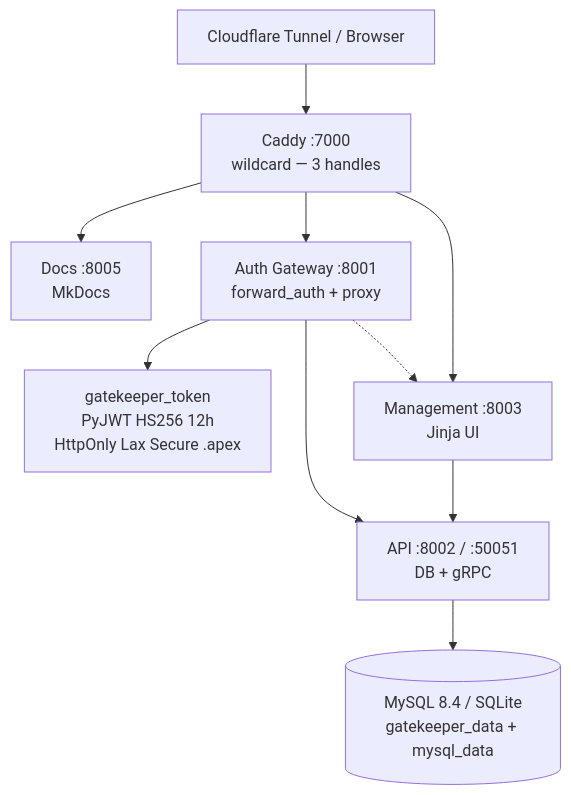
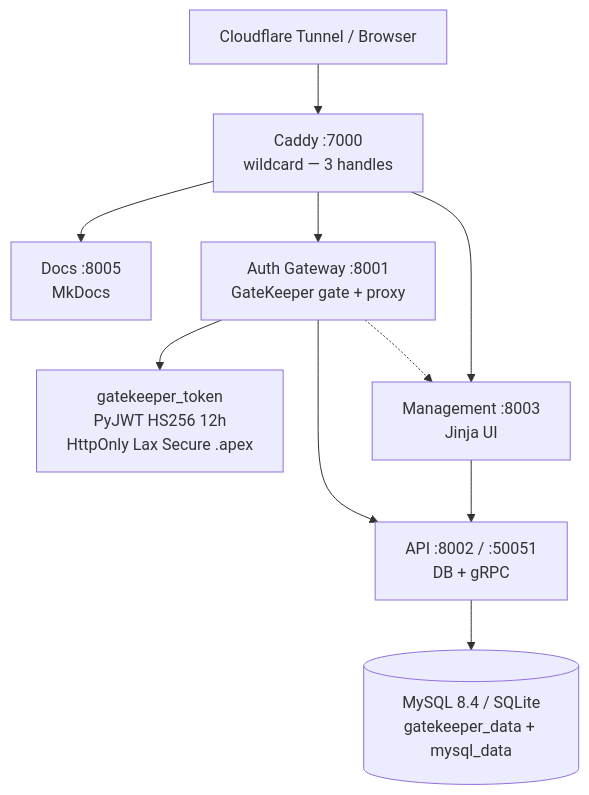
Before and after one commit to NovaProtocol/GateKeeper: the diagram in documentation/docs/index.md, drawn with Mermaid. The commit also changed other lines of this file and 13 other files, not shown here.

````diff
--- a/documentation/docs/index.md
+++ b/documentation/docs/index.md
@@ -20,12 +20,12 @@
 ```mermaid
 graph TB
-    TUN["Cloudflare Tunnel / Browser"] --> CADDY["Caddy :7000<br/>wildcard — 3 handles"]
-    CADDY --> DOC["Docs :8005<br/>MkDocs"]
-    CADDY --> AUTH["Auth Gateway :8001<br/>forward_auth + proxy"]
-    CADDY --> MGMT["Management :8003<br/>Jinja UI"]
-    AUTH --> COOKIE["gatekeeper_token<br/>PyJWT HS256 12h<br/>HttpOnly Lax Secure .apex"]
-    AUTH --> API["API :8002 / :50051<br/>DB + gRPC"]
-    MGMT --> API
-    AUTH -.-> MGMT
-    API --> DB[("MySQL 8.4 / SQLite<br/>gatekeeper_data + mysql_data")]
+ TUN["Cloudflare Tunnel / Browser"] --> CADDY["Caddy :7000<br/>wildcard — 3 handles"]
+ CADDY --> DOC["Docs :8005<br/>MkDocs"]
+ CADDY --> AUTH["Auth Gateway :8001<br/>GateKeeper gate + proxy"]
+ CADDY --> MGMT["Management :8003<br/>Jinja UI"]
+ AUTH --> COOKIE["gatekeeper_token<br/>PyJWT HS256 12h<br/>HttpOnly Lax Secure .apex"]
+ AUTH --> API["API :8002 / :50051<br/>DB + gRPC"]
+ MGMT --> API
+ AUTH -.-> MGMT
+ API --> DB[("MySQL 8.4 / SQLite<br/>gatekeeper_data + mysql_data")]
 ```
````
